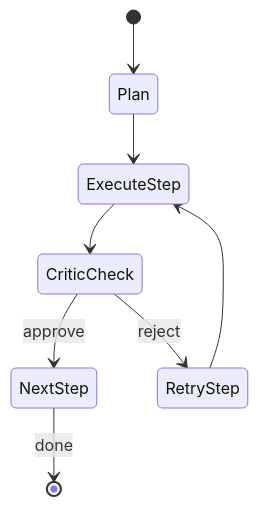
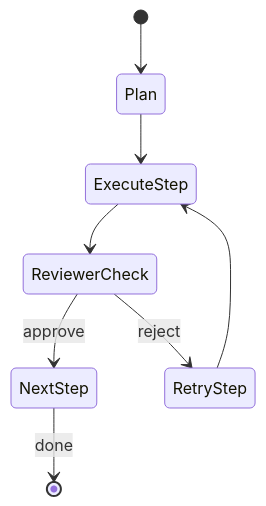
The second of 2 diagrams in docs/advisor-architecture.md (vzateychuk/adviser), drawn with Mermaid before and after one commit. The commit also changed other lines of this file and 38 other files, not shown here.

Commit message:
feat: rename Critic to Reviewer and update related components

````diff
--- a/docs/advisor-architecture.md
+++ b/docs/advisor-architecture.md
@@ -408,10 +408,10 @@
 ```mermaid
 stateDiagram-v2
   [*] --> Plan
   Plan --> ExecuteStep
-  ExecuteStep --> CriticCheck
-  CriticCheck --> NextStep: approve
-  CriticCheck --> RetryStep: reject
+  ExecuteStep --> ReviewerCheck
+  ReviewerCheck --> NextStep: approve
+  ReviewerCheck --> RetryStep: reject
   RetryStep --> ExecuteStep
   NextStep --> [*]: done
 ```
````
